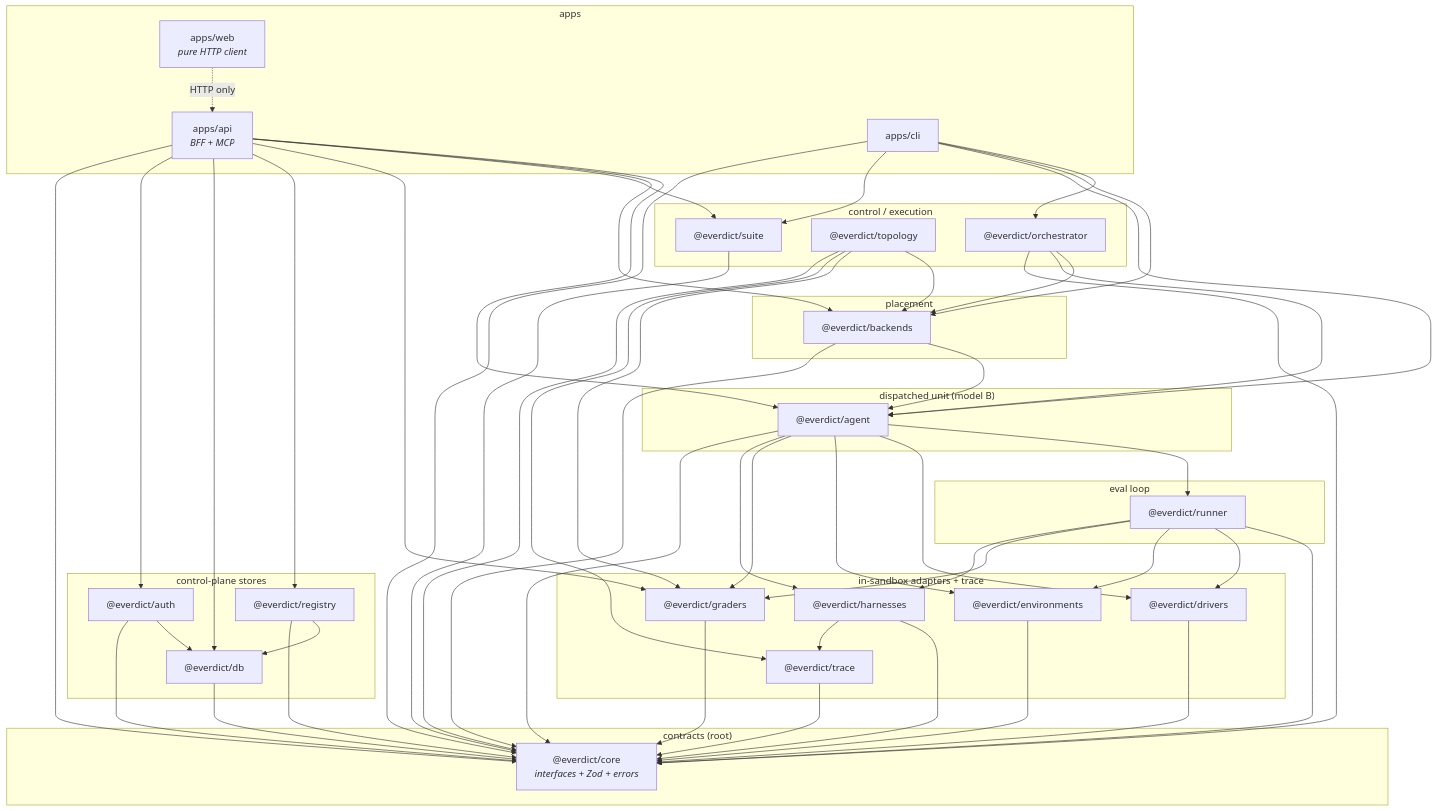
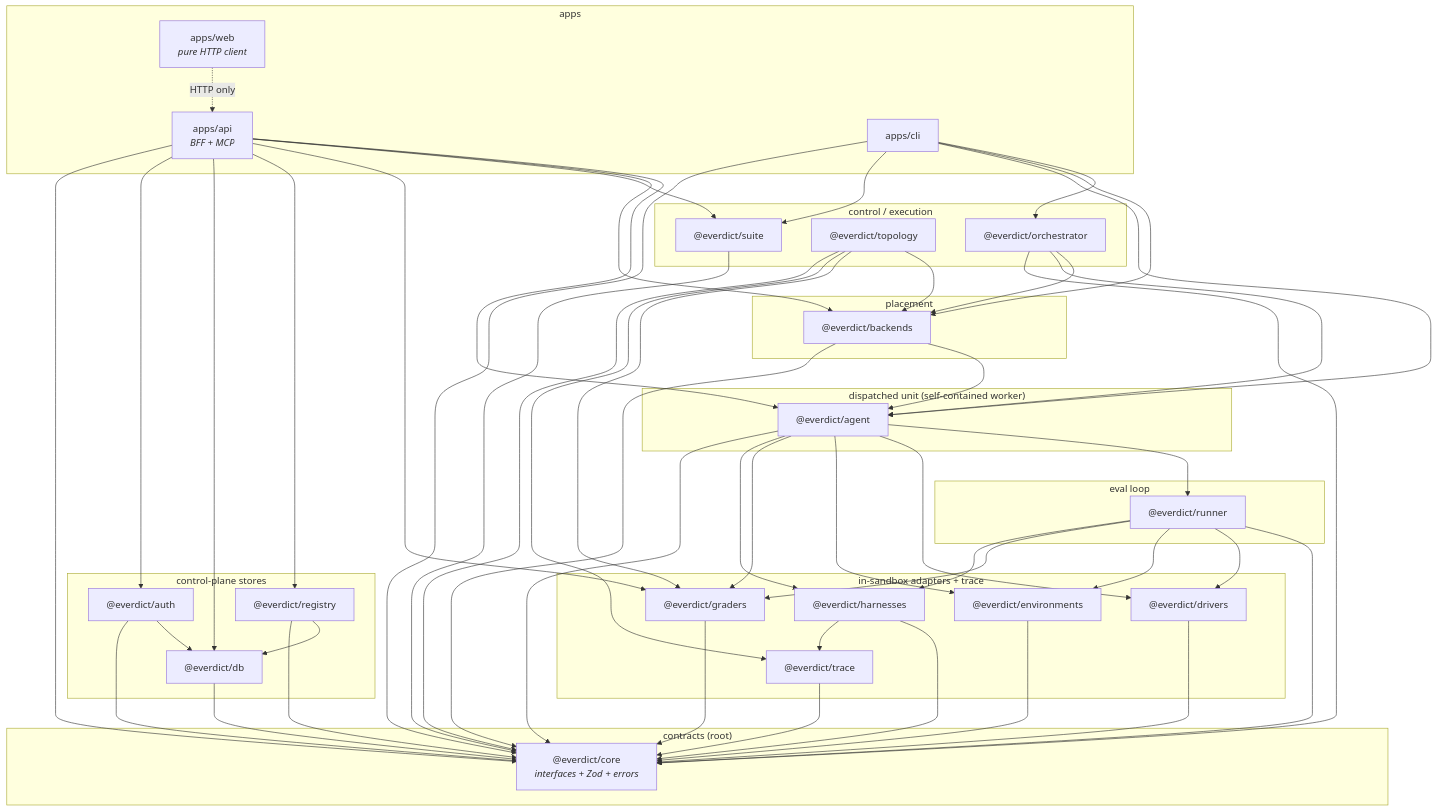
One commit to everdict/everdict changed the first of 24 diagrams in docs/architecture/collaboration.md. Above: the diagram before and after it, drawn with Mermaid. The commit also changed other lines of this file and 13 other files, not shown here.

First line of the commit message:
docs: drop the opaque "model B" codename for the dispatch-a-worker design

```diff
--- a/docs/architecture/collaboration.md
+++ b/docs/architecture/collaboration.md
@@ -44,7 +44,7 @@
     runner["@everdict/runner"]
   end
 
-  subgraph L3["dispatched unit (model B)"]
+  subgraph L3["dispatched unit (self-contained worker)"]
     agent["@everdict/agent"]
   end
 
```
